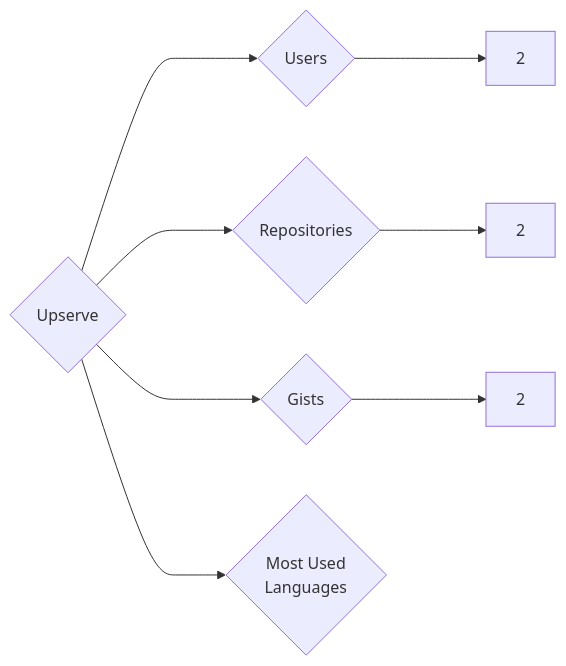
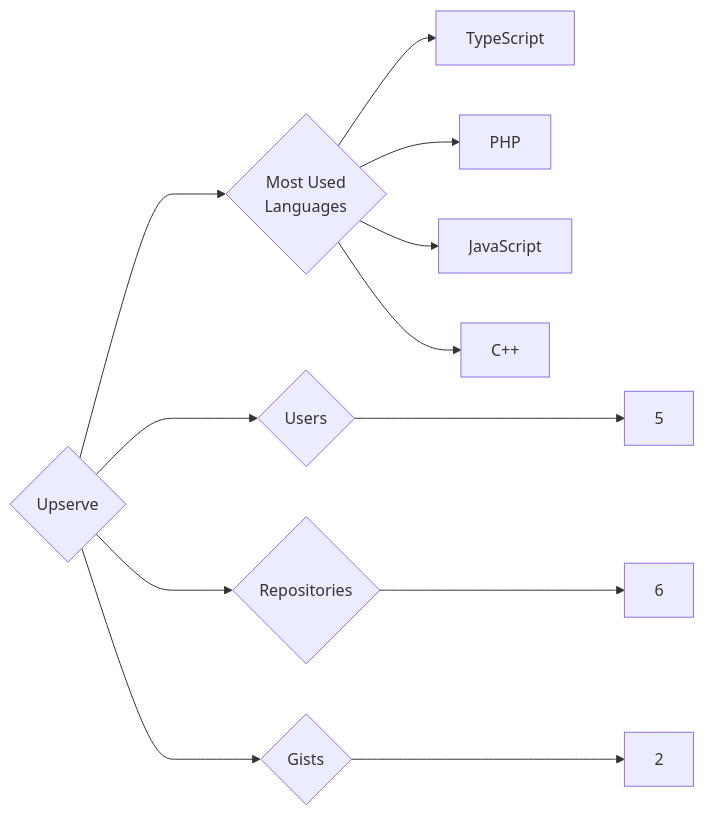
One commit to trickest/insiders changed the diagram in targets/Upserve/README.md. Above: the diagram before and after it, drawn with Mermaid. The commit also changed 597 other files, not shown here.

````diff
--- a/targets/Upserve/README.md
+++ b/targets/Upserve/README.md
@@ -3,8 +3,12 @@
 ```mermaid
 graph LR
 COMPANY_NAME{Upserve}
-COMPANY_NAME ---> U{Users} ---> UN[2]
-COMPANY_NAME ---> R{Repositories} ---> RN[2]
+COMPANY_NAME ---> U{Users} ---> UN[5]
+COMPANY_NAME ---> R{Repositories} ---> RN[6]
 COMPANY_NAME ---> G{Gists} ---> GN[2]
 COMPANY_NAME ---> ML{Most Used<br>Languages}
+ML --> TypeScript[TypeScript]
+ML --> PHP[PHP]
+ML --> JavaScript[JavaScript]
+ML --> C++[C++]
 ```
````
